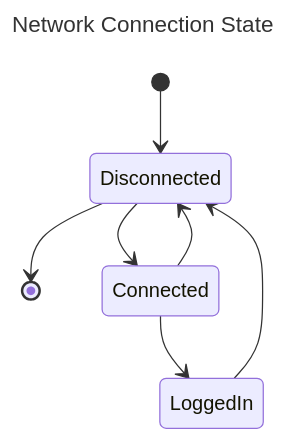
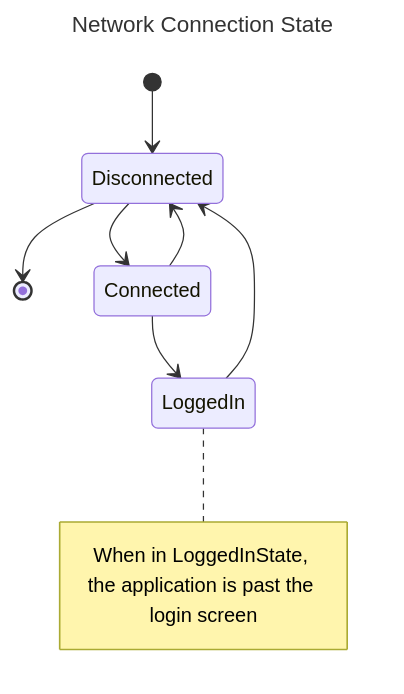
One commit to mauville-technologies/Lights changed the second of 7 diagrams in docs/brainstorming/network_flow.md. Above: the diagram before and after it, drawn with Mermaid. The commit also changed other lines of this file, not shown here.

````diff
--- a/docs/brainstorming/network_flow.md
+++ b/docs/brainstorming/network_flow.md
@@ -33,13 +33,17 @@
 ```mermaid
 ---
         title: Network Connection State
 ---
 stateDiagram-v2
     [*]-->Disconnected
     Disconnected-->[*]
     
     Disconnected-->Connected
     Connected-->Disconnected
     Connected-->LoggedIn
     LoggedIn-->Disconnected
+    
+    note right of LoggedIn
+        When in LoggedInState, the application is past the login screen
+    end note
 ```
````
